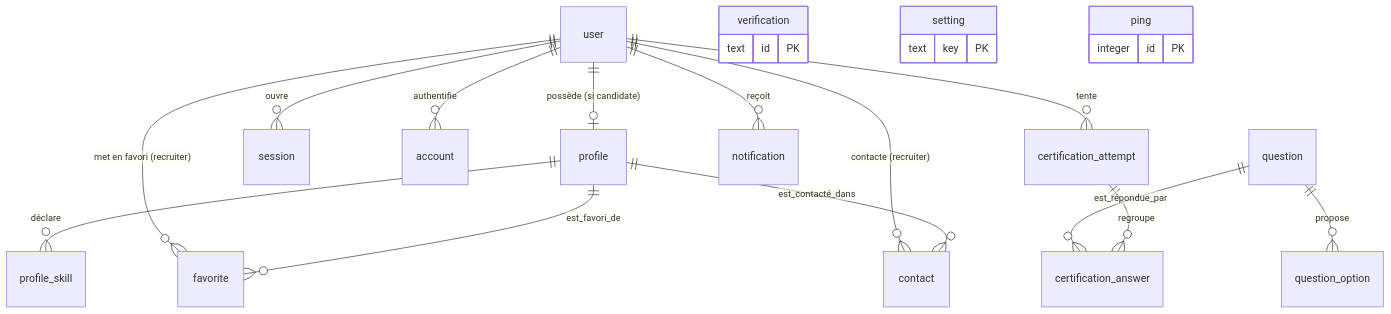
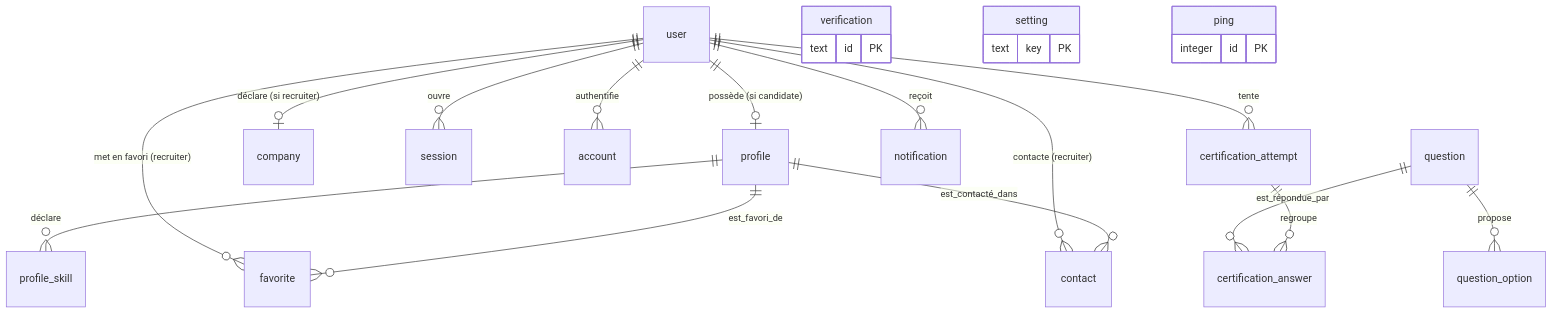
Before and after one commit to Alexy33/ProfilActifs: the diagram in docs/schema-bdd.md, drawn with Mermaid. The commit also changed other lines of this file and 15 other files, not shown here.

````diff
--- a/docs/schema-bdd.md
+++ b/docs/schema-bdd.md
@@ -26,29 +26,30 @@
 ```mermaid
 erDiagram
     user ||--o| profile : "possède (si candidate)"
+    user ||--o| company : "déclare (si recruiter)"
     user ||--o{ session : ouvre
     user ||--o{ account : authentifie
     user ||--o{ certification_attempt : tente
     user ||--o{ notification : reçoit
     user ||--o{ favorite : "met en favori (recruiter)"
     user ||--o{ contact : "contacte (recruiter)"
 
     profile ||--o{ profile_skill : déclare
     profile ||--o{ favorite : est_favori_de
     profile ||--o{ contact : est_contacté_dans
 
     question ||--o{ question_option : propose
     question ||--o{ certification_answer : est_répondue_par
 
     certification_attempt ||--o{ certification_answer : regroupe
 
     verification {
         text id PK
     }
     setting {
         text key PK
     }
     ping {
         integer id PK
     }
 ```
````
